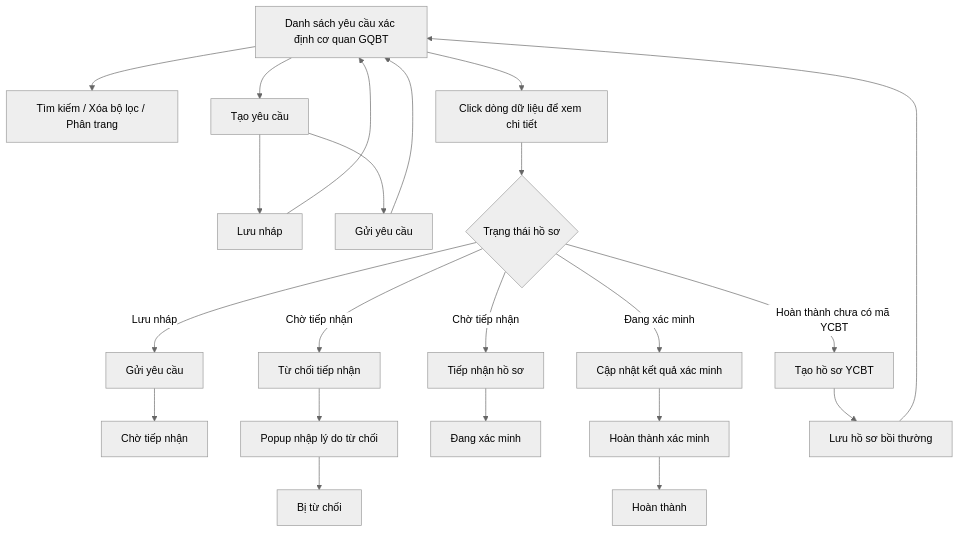
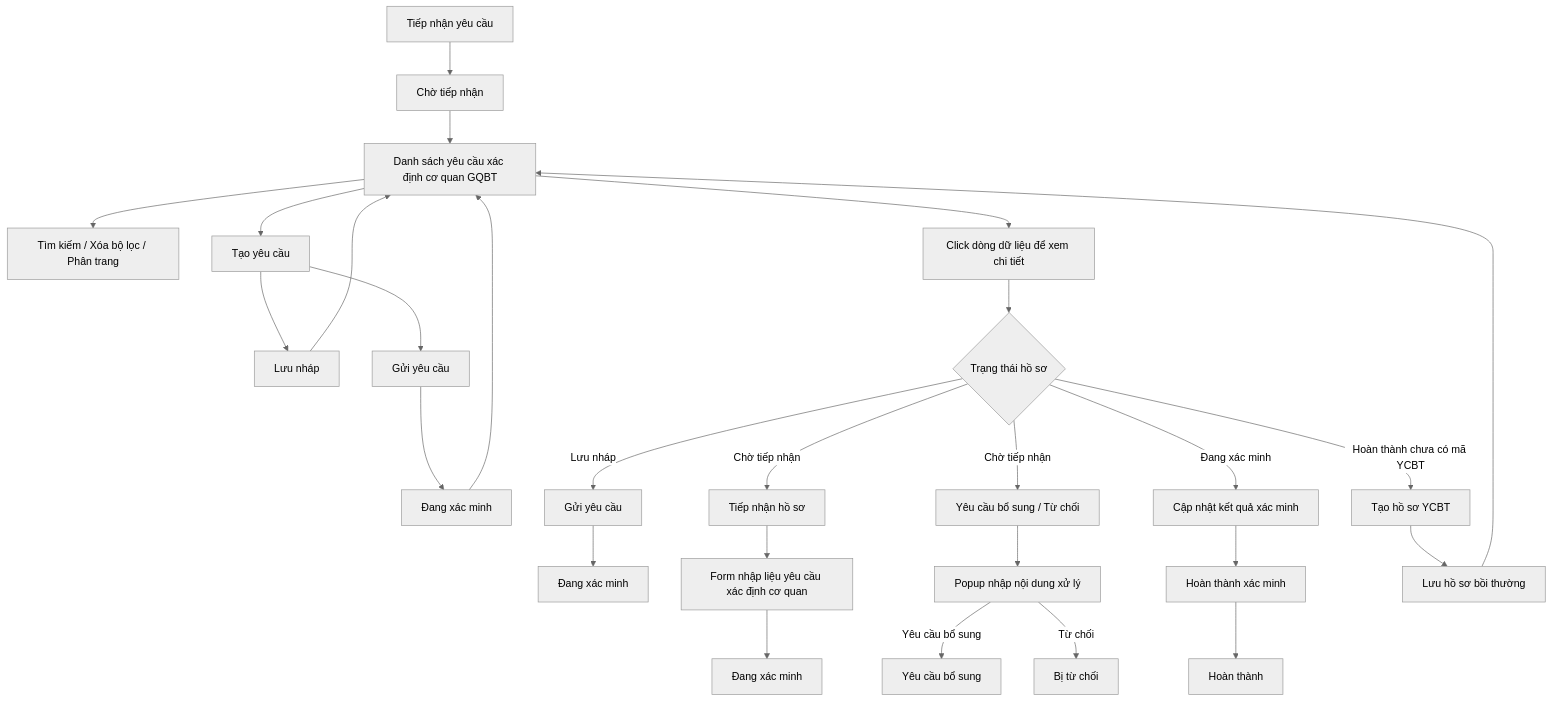
One commit to huyendt2007/BPBD_UI changed the diagram in Tai lieu phan tich/03_Website_Quan_tri/03_Cong_tac_boi_thuong/SRS_BTNN_Xác định cơ quan giải quyết.md. Above: the diagram before and after it, drawn with Mermaid (neutral theme). The commit also changed other lines of this file and 55 other files, not shown here.

Commit message:
feat(btnn-srs): bo sung thong tin phuong xa va cap nhat tiep nhan yeu cau, xac dinh co quan

````diff
--- a/Tai lieu phan tich/03_Website_Quan_tri/03_Cong_tac_boi_thuong/SRS_BTNN_Xác định cơ quan giải quyết.md
+++ b/Tai lieu phan tich/03_Website_Quan_tri/03_Cong_tac_boi_thuong/SRS_BTNN_Xác định cơ quan giải quyết.md
@@ -29,24 +31,29 @@
 ```mermaid
 flowchart TD
     A[Danh sách yêu cầu xác định cơ quan GQBT] --> B[Tìm kiếm / Xóa bộ lọc / Phân trang]
     A --> C[Tạo yêu cầu]
+    TN[Tiếp nhận yêu cầu] --> TN1["Chờ tiếp nhận"]
+    TN1 --> A
     C --> D["Lưu nháp"]
     C --> E[Gửi yêu cầu]
     D --> A
-    E --> A
+    E --> E1["Đang xác minh"]
+    E1 --> A
     A --> F[Click dòng dữ liệu để xem chi tiết]
     F --> G{Trạng thái hồ sơ}
     G -->|"Lưu nháp"| H[Gửi yêu cầu]
-    H --> H2["Chờ tiếp nhận"]
+    H --> H2["Đang xác minh"]
     G -->|"Chờ tiếp nhận"| I[Tiếp nhận hồ sơ]
-    G -->|"Chờ tiếp nhận"| J[Từ chối tiếp nhận]
-    J --> K[Popup nhập lý do từ chối]
-    K --> K2["Bị từ chối"]
-    I --> L["Đang xác minh"]
+    G -->|"Chờ tiếp nhận"| J[Yêu cầu bổ sung / Từ chối]
+    I --> I1[Form nhập liệu yêu cầu xác định cơ quan]
+    I1 --> L["Đang xác minh"]
+    J --> K[Popup nhập nội dung xử lý]
+    K -->|"Yêu cầu bổ sung"| K1["Yêu cầu bổ sung"]
+    K -->|"Từ chối"| K2["Bị từ chối"]
     G -->|"Đang xác minh"| M[Cập nhật kết quả xác minh]
     M --> N["Hoàn thành xác minh"]
     N --> O["Hoàn thành"]
     G -->|"Hoàn thành" chưa có mã YCBT| P[Tạo hồ sơ YCBT]
     P --> Q[Lưu hồ sơ bồi thường]
     Q --> A
 ```
````
